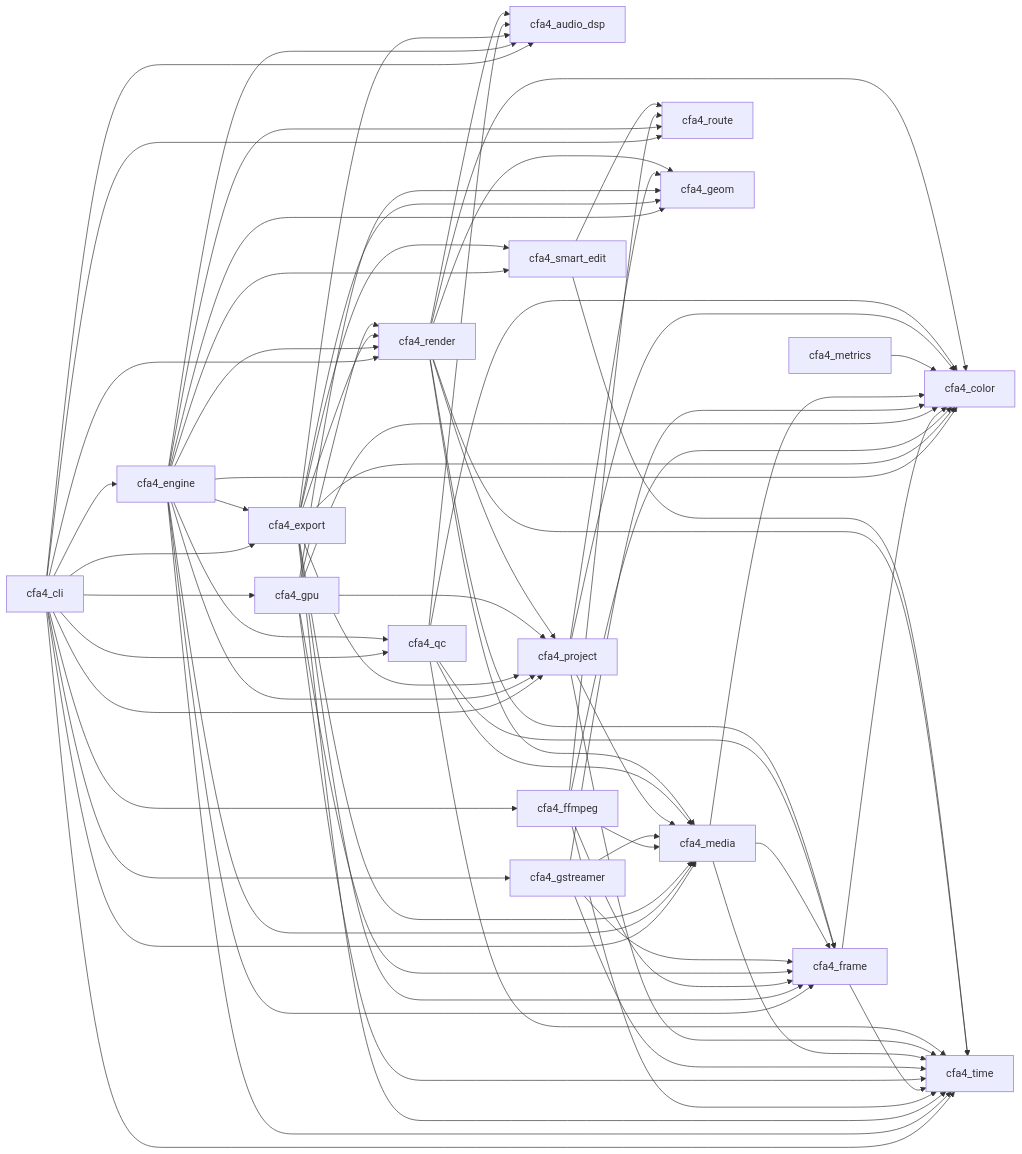
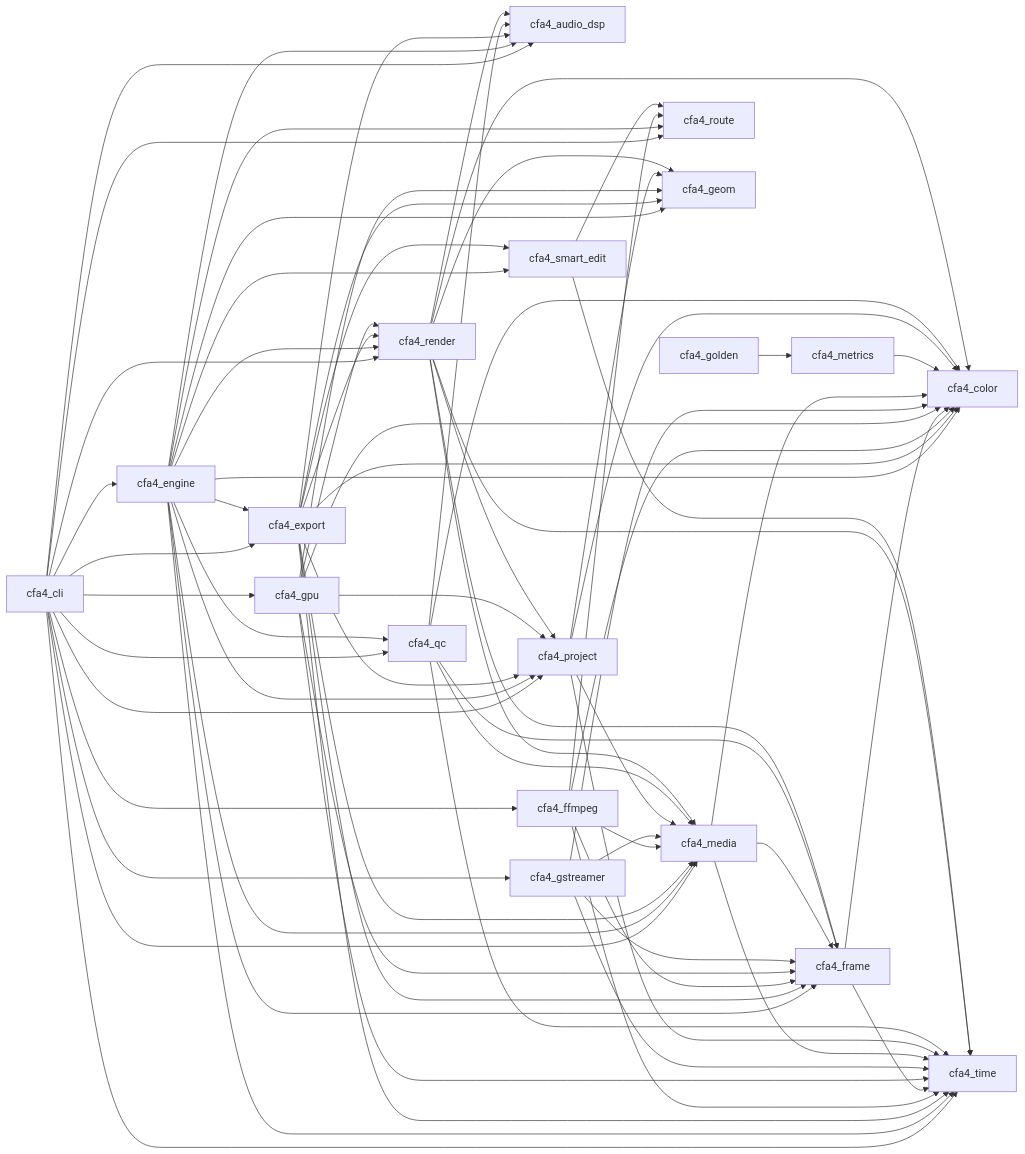
One commit to ubuntuokos/CinemaFundArchitecture4 changed the diagram in docs/audit/render-f0a/call-graph.md. Above: the diagram before and after it, drawn with Mermaid. The commit also changed other lines of this file and 1 other file, not shown here.

````diff
--- a/docs/audit/render-f0a/call-graph.md
+++ b/docs/audit/render-f0a/call-graph.md
@@ -11,75 +11,76 @@
 ```mermaid
 graph LR
   cfa4_cli --> cfa4_audio_dsp
   cfa4_cli --> cfa4_engine
   cfa4_cli --> cfa4_export
   cfa4_cli --> cfa4_ffmpeg
   cfa4_cli --> cfa4_gpu
   cfa4_cli --> cfa4_gstreamer
   cfa4_cli --> cfa4_media
   cfa4_cli --> cfa4_project
   cfa4_cli --> cfa4_qc
   cfa4_cli --> cfa4_render
   cfa4_cli --> cfa4_route
   cfa4_cli --> cfa4_time
   cfa4_engine --> cfa4_audio_dsp
   cfa4_engine --> cfa4_color
   cfa4_engine --> cfa4_export
   cfa4_engine --> cfa4_frame
   cfa4_engine --> cfa4_geom
   cfa4_engine --> cfa4_media
   cfa4_engine --> cfa4_project
   cfa4_engine --> cfa4_qc
   cfa4_engine --> cfa4_render
   cfa4_engine --> cfa4_route
   cfa4_engine --> cfa4_smart_edit
   cfa4_engine --> cfa4_time
   cfa4_export --> cfa4_audio_dsp
   cfa4_export --> cfa4_color
   cfa4_export --> cfa4_frame
   cfa4_export --> cfa4_geom
   cfa4_export --> cfa4_media
   cfa4_export --> cfa4_project
   cfa4_export --> cfa4_render
   cfa4_export --> cfa4_smart_edit
   cfa4_export --> cfa4_time
   cfa4_ffmpeg --> cfa4_color
   cfa4_ffmpeg --> cfa4_frame
   cfa4_ffmpeg --> cfa4_media
   cfa4_ffmpeg --> cfa4_route
   cfa4_ffmpeg --> cfa4_time
   cfa4_frame --> cfa4_color
   cfa4_frame --> cfa4_time
+  cfa4_golden --> cfa4_metrics
   cfa4_gpu --> cfa4_color
   cfa4_gpu --> cfa4_frame
   cfa4_gpu --> cfa4_geom
   cfa4_gpu --> cfa4_project
   cfa4_gpu --> cfa4_render
   cfa4_gpu --> cfa4_time
   cfa4_gstreamer --> cfa4_color
   cfa4_gstreamer --> cfa4_frame
   cfa4_gstreamer --> cfa4_media
   cfa4_gstreamer --> cfa4_time
   cfa4_media --> cfa4_color
   cfa4_media --> cfa4_frame
   cfa4_media --> cfa4_time
   cfa4_metrics --> cfa4_color
   cfa4_project --> cfa4_color
   cfa4_project --> cfa4_geom
   cfa4_project --> cfa4_media
   cfa4_project --> cfa4_time
   cfa4_qc --> cfa4_audio_dsp
   cfa4_qc --> cfa4_color
   cfa4_qc --> cfa4_frame
   cfa4_qc --> cfa4_media
   cfa4_qc --> cfa4_time
   cfa4_render --> cfa4_audio_dsp
   cfa4_render --> cfa4_color
   cfa4_render --> cfa4_frame
   cfa4_render --> cfa4_geom
   cfa4_render --> cfa4_media
   cfa4_render --> cfa4_project
   cfa4_render --> cfa4_time
   cfa4_smart_edit --> cfa4_route
   cfa4_smart_edit --> cfa4_time
 ```
````
